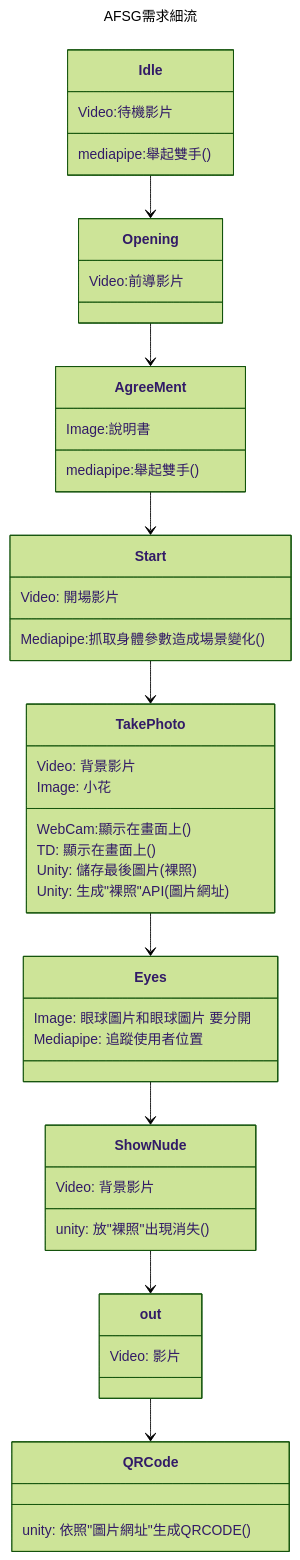
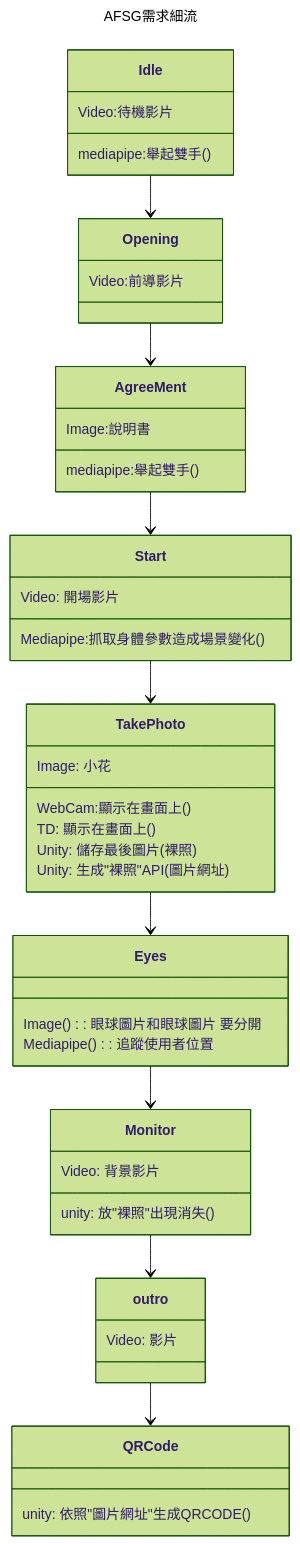
Before and after one commit to TaMiXAlter/AFSG: the diagram in README.md, drawn with Mermaid (forest theme). The commit also changed other lines of this file and 138 other files, not shown here.

Commit message:
feat: eye ball trace feat: nude image showcase

````diff
--- a/README.md
+++ b/README.md
@@ -38,55 +38,54 @@
 ```mermaid
 ---
 title: AFSG需求細流
 ---
 classDiagram
 
     class Idle{
         Video:待機影片
         mediapipe:舉起雙手()
     }
     class Opening{
         Video:前導影片
     }
     class AgreeMent{
         Image:說明書
         mediapipe:舉起雙手()
     }
     class Start{
         Video: 開場影片
         Mediapipe:抓取身體參數造成場景變化()
     }
     class TakePhoto{
-        Video: 背景影片
         Image: 小花
         
         WebCam:顯示在畫面上()
         TD: 顯示在畫面上()
         Unity: 儲存最後圖片(裸照)
         Unity: 生成"裸照"API(圖片網址)
     }
 
     class Eyes{
-        Image: 眼球圖片和眼球圖片 要分開
-        Mediapipe: 追蹤使用者位置
+        Image(): 眼球圖片和眼球圖片 要分開
+        Mediapipe(): 追蹤使用者位置
     }
-    class ShowNude{
+    class Monitor{
         Video: 背景影片
         unity: 放"裸照"出現消失()
     }
-    class out{
+    class outro{
         Video: 影片
     }
     class QRCode{
         unity: 依照"圖片網址"生成QRCODE()
     }
     
     Idle -->Opening
     Opening-->AgreeMent
     AgreeMent --> Start
     Start --> TakePhoto
     TakePhoto--> Eyes
-    Eyes --> ShowNude
-    ShowNude --> out
-    out --> QRCode
+    Eyes --> Monitor
+    Monitor --> outro
+    outro --> QRCode
 ```
````
